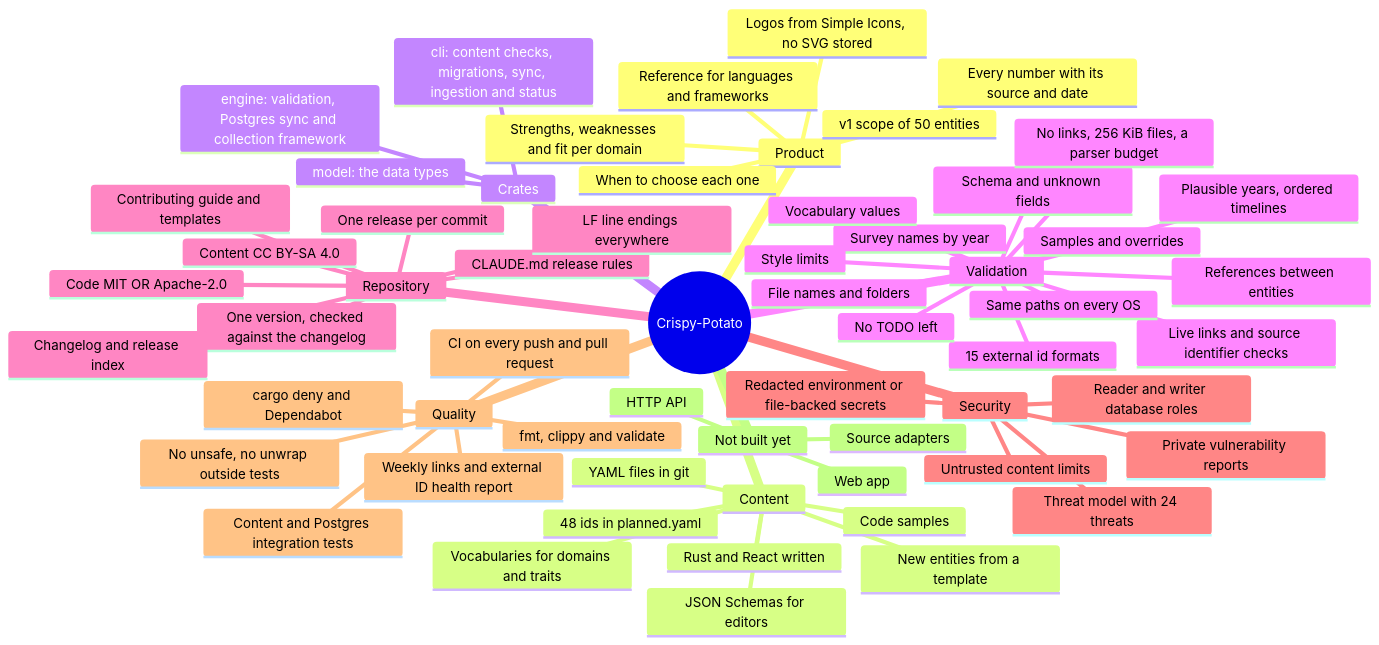
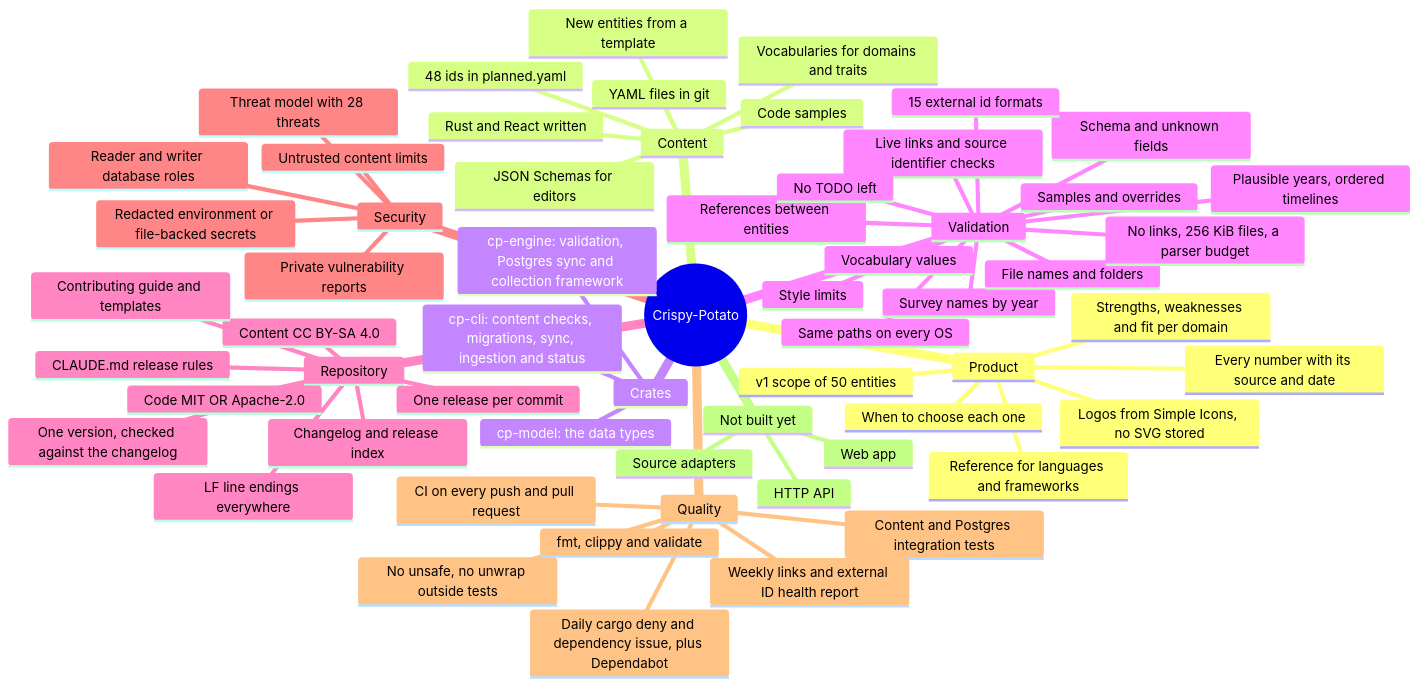
One commit to winksen/Crispy-Potato changed the first of 2 diagrams in docs/MINDMAP.md. Above: the diagram before and after it, drawn with Mermaid. The commit also changed other lines of this file and 17 other files, not shown here.

````diff
--- a/docs/MINDMAP.md
+++ b/docs/MINDMAP.md
@@ -11,63 +11,63 @@
 ```mermaid
 mindmap
   root((Crispy-Potato))
     Product
       Reference for languages and frameworks
       Strengths, weaknesses and fit per domain
       When to choose each one
       Every number with its source and date
       Logos from Simple Icons, no SVG stored
       v1 scope of 50 entities
     Content
       YAML files in git
       JSON Schemas for editors
       New entities from a template
       Rust and React written
       48 ids in planned.yaml
       Vocabularies for domains and traits
       Code samples
     Crates
-      model: the data types
-      engine: validation, Postgres sync and collection framework
-      cli: content checks, migrations, sync, ingestion and status
+      cp-model: the data types
+      cp-engine: validation, Postgres sync and collection framework
+      cp-cli: content checks, migrations, sync, ingestion and status
     Validation
       Schema and unknown fields
       15 external id formats
       Live links and source identifier checks
       Survey names by year
       Plausible years, ordered timelines
       File names and folders
       Vocabulary values
       References between entities
       Style limits
       Samples and overrides
       Same paths on every OS
       No links, 256 KiB files, a parser budget
       No TODO left
     Repository
       Code MIT OR Apache-2.0
       Content CC BY-SA 4.0
       One release per commit
       One version, checked against the changelog
       Changelog and release index
       CLAUDE.md release rules
       Contributing guide and templates
       LF line endings everywhere
     Security
-      Threat model with 24 threats
+      Threat model with 28 threats
       Untrusted content limits
       Reader and writer database roles
       Redacted environment or file-backed secrets
       Private vulnerability reports
     Quality
       Content and Postgres integration tests
       fmt, clippy and validate
       No unsafe, no unwrap outside tests
       CI on every push and pull request
       Weekly links and external ID health report
-      cargo deny and Dependabot
+      Daily cargo deny and dependency issue, plus Dependabot
     Not built yet
       Source adapters
       HTTP API
       Web app
 ```
````
